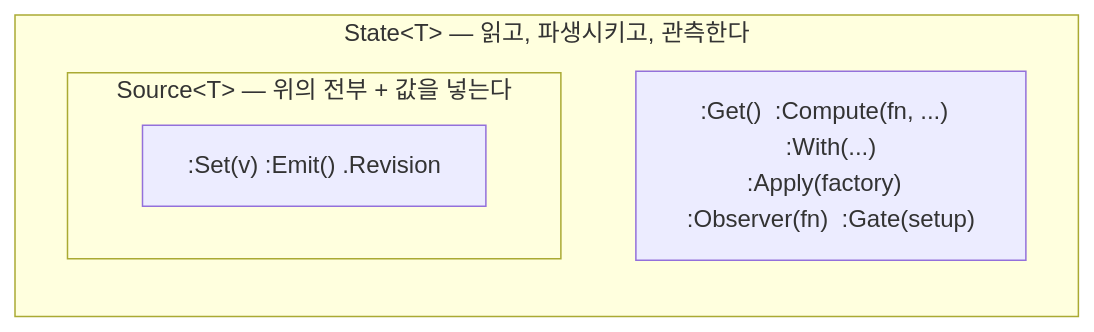
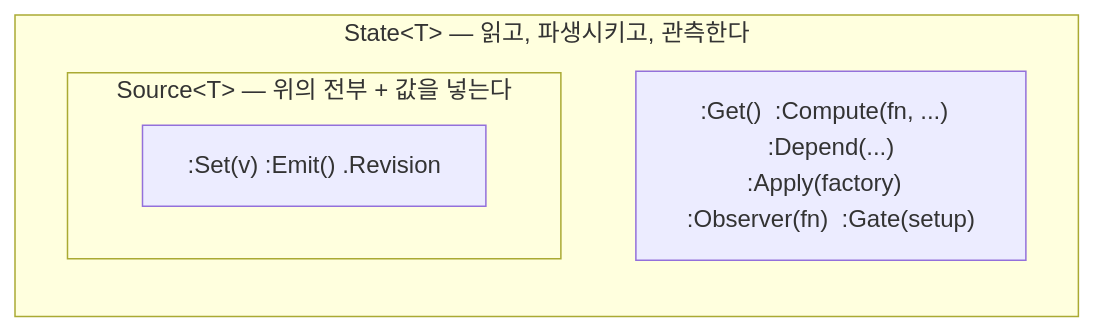
The second of 2 diagrams in docs/getting-started/03-flowing-values.md (qwreey/quad), drawn with Mermaid before and after one commit. The commit also changed other lines of this file and 69 other files, not shown here.

````diff
--- a/docs/getting-started/03-flowing-values.md
+++ b/docs/getting-started/03-flowing-values.md
@@ -135,10 +135,10 @@
 ```mermaid
 flowchart TB
     subgraph State["State&lt;T&gt; — 읽고, 파생시키고, 관측한다"]
         direction TB
-        S1[":Get()  :Compute(fn, ...)  :With(...)<br/>:Apply(factory)  :Observer(fn)  :Gate(setup)"]
+        S1[":Get()  :Compute(fn, ...)  :Depend(...)<br/>:Apply(factory)  :Observer(fn)  :Gate(setup)"]
         subgraph Source["Source&lt;T&gt; — 위의 전부 + 값을 넣는다"]
             S2[":Set(v)  :Emit()  .Revision"]
         end
     end
 ```
````
